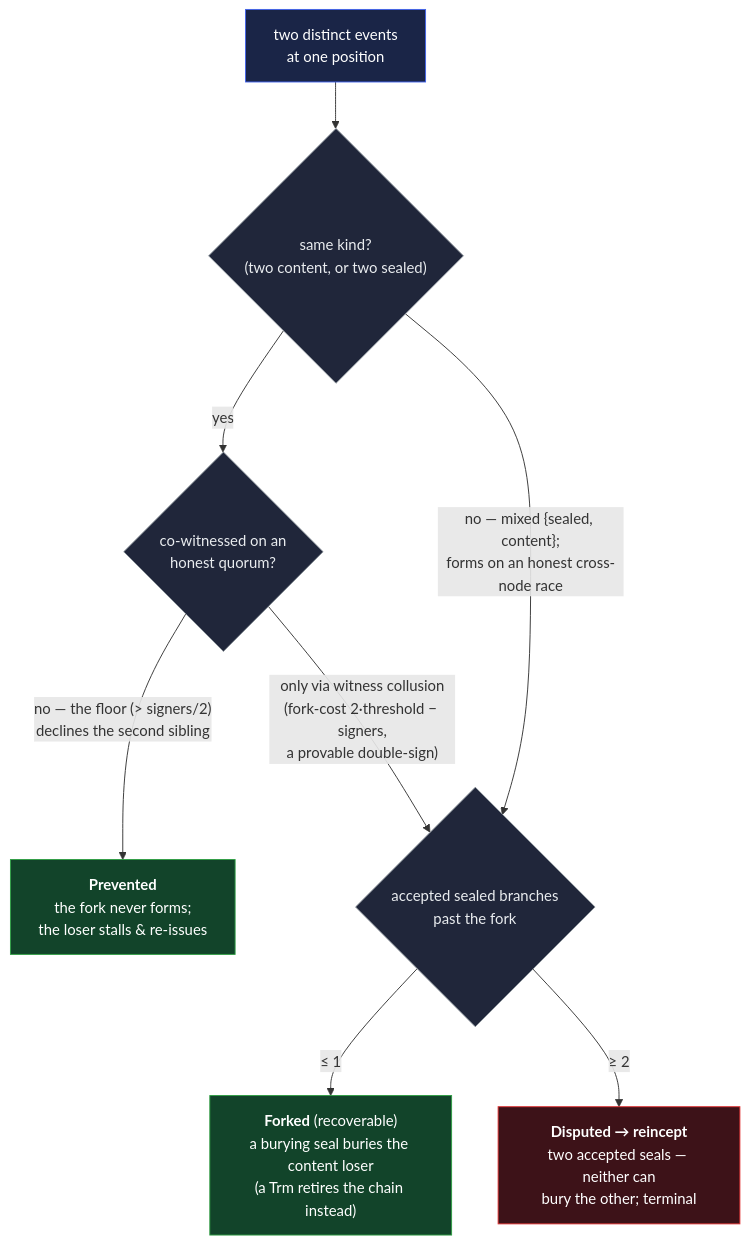
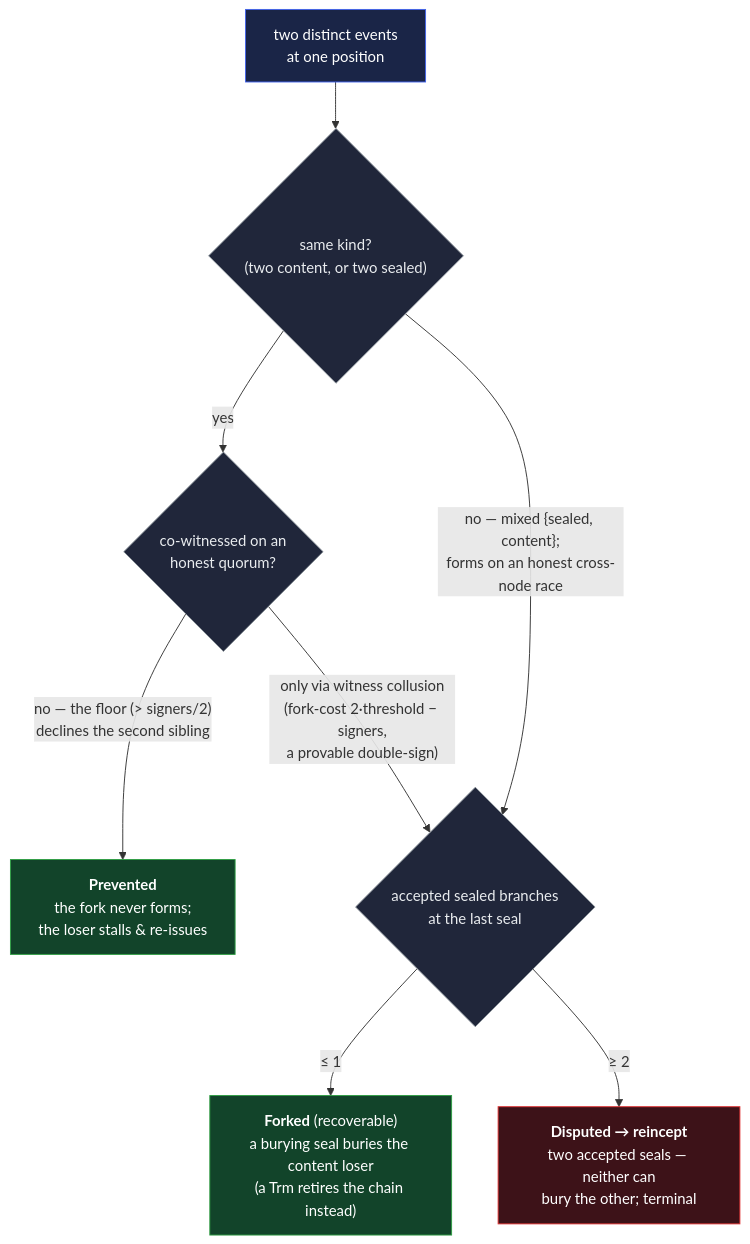
The diagram in docs/design/system-thesis.md (jasoncolburne/vdti), drawn with Mermaid before and after one commit. The commit also changed other lines of this file and 31 other files, not shown here.

````diff
--- a/docs/design/system-thesis.md
+++ b/docs/design/system-thesis.md
@@ -71,15 +69,15 @@
 ```mermaid
 flowchart TD
   A["two distinct events<br/>at one position"]:::start
   A --> K{"same kind?<br/>(two content, or two sealed)"}:::q
   K -->|"yes"| HQ{"co-witnessed on an<br/>honest quorum?"}:::q
   HQ -->|"no — the floor (&gt; signers/2)<br/>declines the second sibling"| P["<b>Prevented</b><br/>the fork never forms;<br/>the loser stalls &amp; re-issues"]:::good
-  HQ -->|"only via witness collusion<br/>(fork-cost 2·threshold − signers,<br/>a provable double-sign)"| N{"accepted sealed branches<br/>past the fork"}:::q
+  HQ -->|"only via witness collusion<br/>(fork-cost 2·threshold − signers,<br/>a provable double-sign)"| N{"accepted sealed branches<br/>at the last seal"}:::q
   K -->|"no — mixed {sealed, content};<br/>forms on an honest cross-node race"| N
   N -->|"≤ 1"| F["<b>Forked</b> (recoverable)<br/>a burying seal buries the content loser<br/>(a Trm retires the chain instead)"]:::good
   N -->|"≥ 2"| X["<b>Disputed → reincept</b><br/>two accepted seals — neither can<br/>bury the other; terminal"]:::bad
   classDef start fill:#1a2547,stroke:#4263eb,color:#fff
   classDef q fill:#20263a,stroke:#868e96,color:#e9ecef
   classDef good fill:#12442a,stroke:#2f9e44,color:#fff
   classDef bad fill:#3d1218,stroke:#e03131,color:#fff
 ```
````
